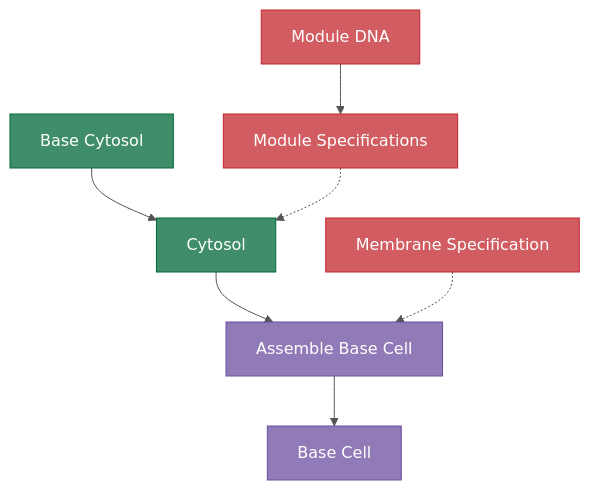
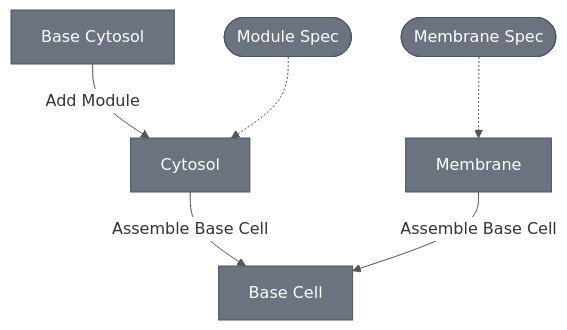
The first of 2 diagrams in docs/processes/processes-main.md (nucleus-eng/nucleus-docs), drawn with Mermaid before and after one commit. The commit also changed other lines of this file, not shown here.

First line of the commit message:
refactor: update process diagrams — arrows as processes, boxes as nouns

````diff
--- a/docs/processes/processes-main.md
+++ b/docs/processes/processes-main.md
@@ -13,24 +13,20 @@
 ```{mermaid}
-%%{init: {'theme': 'base', 'themeVariables': {'primaryColor': '#408E69', 'primaryTextColor': '#ffffff', 'primaryBorderColor': '#006837', 'lineColor': '#555555'}}}%%
+%%{init: {'theme': 'base', 'themeVariables': {'lineColor': '#555555', 'edgeLabelBackground': '#ffffff'}}}%%
 flowchart TB
-    BaseCytosol["Base Cytosol"] --> Cytosol["Cytosol"]
-    ModDNA["Module DNA"] --> ModSpec["Module Specifications"]
-    ModSpec -.-> Cytosol
-    Cytosol --> AssembleCell["Assemble Base Cell"]
-    MemSpec["Membrane Specification"] -.-> AssembleCell
-    AssembleCell --> BaseCell["Base Cell"]
+    BaseCytosol["Base Cytosol"] -->|"Add Module"| Cytosol["Cytosol"]
+    ModSpec(["Module Spec"]) -.-> Cytosol
+    Cytosol & Membrane["Membrane"] -->|"Assemble Base Cell"| BaseCell["Base Cell"]
+    MemSpec(["Membrane Spec"]) -.-> Membrane
 
-    style BaseCytosol fill:#408E69,color:#ffffff,stroke:#006837
-    style Cytosol fill:#408E69,color:#ffffff,stroke:#006837
-    style AssembleCell fill:#907BB8,color:#ffffff,stroke:#6B4FA0
-    style BaseCell fill:#907BB8,color:#ffffff,stroke:#6B4FA0
-    style ModDNA fill:#D15D62,color:#ffffff,stroke:#C1272D
-    style ModSpec fill:#D15D62,color:#ffffff,stroke:#C1272D
-    style MemSpec fill:#D15D62,color:#ffffff,stroke:#C1272D
+    style BaseCytosol fill:#6B7280,color:#ffffff,stroke:#4B5563
+    style Cytosol fill:#6B7280,color:#ffffff,stroke:#4B5563
+    style Membrane fill:#6B7280,color:#ffffff,stroke:#4B5563
+    style BaseCell fill:#6B7280,color:#ffffff,stroke:#4B5563
+    style ModSpec fill:#6B7280,color:#ffffff,stroke:#4B5563
+    style MemSpec fill:#6B7280,color:#ffffff,stroke:#4B5563
 
     click BaseCytosol "./assemble-base-cytosol/main"
-    click AssembleCell "./assemble-base-cell/main"
-    click ModDNA "../dna-distro"
+    click BaseCell "./assemble-base-cell/main"
     click ModSpec "../modules/modules-main"
     click MemSpec "../modules/modules-main"
 ```
````
